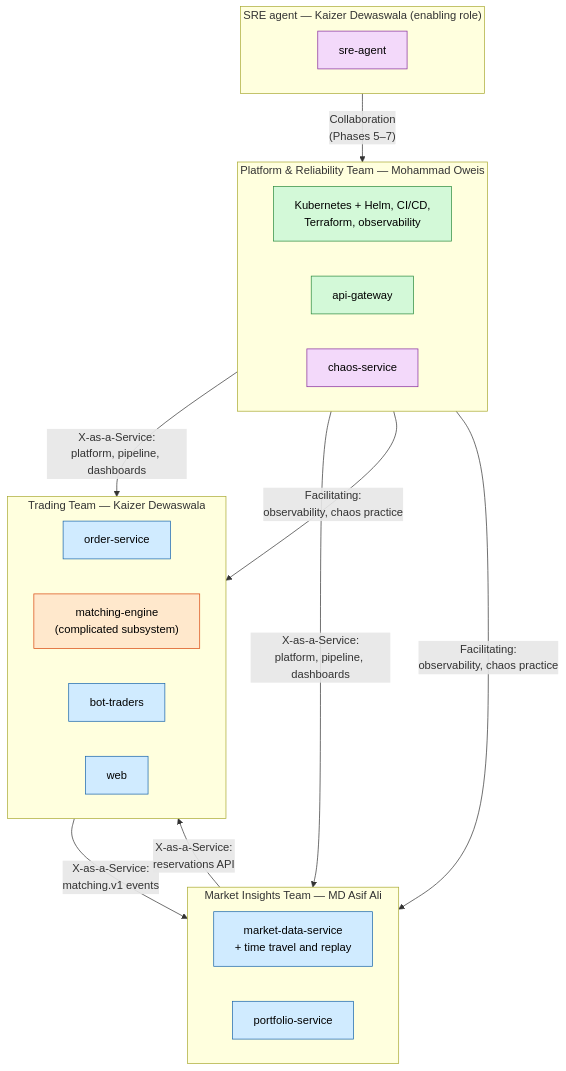
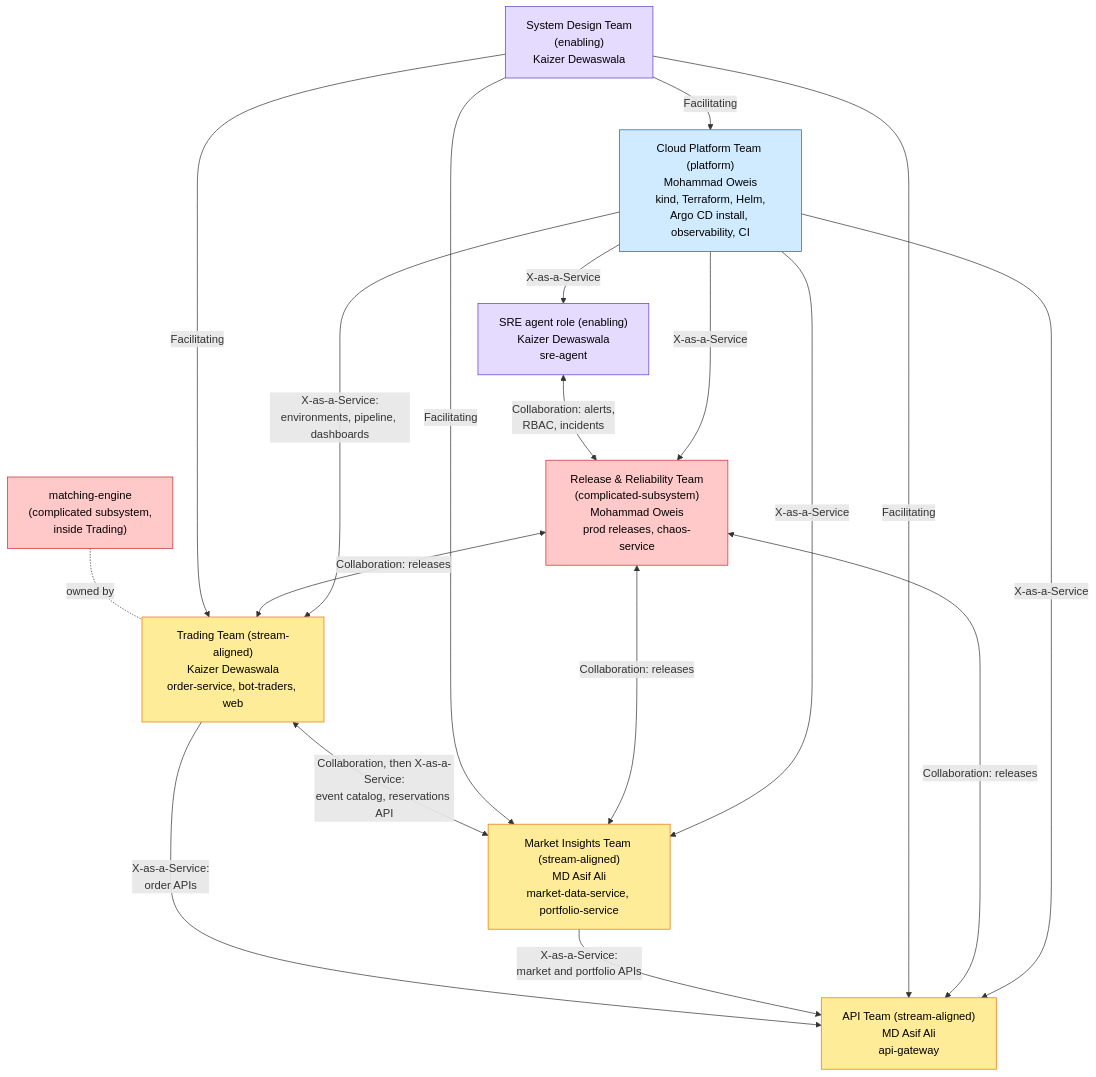
The diagram in docs/04-team-topology.md (Kaizer-1/CircuitBreaker), drawn with Mermaid before and after one commit. The commit also changed other lines of this file and 9 other files, not shown here.

Commit message:
docs(team): restructure team topology per textbook Ch. 2; API Team owns api-gateway

````diff
--- a/docs/04-team-topology.md
+++ b/docs/04-team-topology.md
@@ -39,32 +134,34 @@
 ```mermaid
 flowchart TB
-    classDef stream fill:#d0ebff,stroke:#1864ab,color:#000
-    classDef platform fill:#d3f9d8,stroke:#2b8a3e,color:#000
-    classDef complicated fill:#ffe8cc,stroke:#d9480f,color:#000
-    classDef enabling fill:#f3d9fa,stroke:#862e9c,color:#000
+    classDef stream fill:#ffec99,stroke:#e67700,color:#000
+    classDef enabling fill:#e5dbff,stroke:#5f3dc4,color:#000
+    classDef platform fill:#d0ebff,stroke:#1864ab,color:#000
+    classDef complicated fill:#ffc9c9,stroke:#c92a2a,color:#000
 
-    subgraph TT["Trading Team — Kaizer Dewaswala"]
-        OS["order-service"]:::stream
-        ME["matching-engine<br/>(complicated subsystem)"]:::complicated
-        BT["bot-traders"]:::stream
-        WEB["web"]:::stream
-    end
-    subgraph SRE["SRE agent — Kaizer Dewaswala (enabling role)"]
-        SA["sre-agent"]:::enabling
-    end
-    subgraph MI["Market Insights Team — MD Asif Ali"]
-        MD["market-data-service<br/>+ time travel and replay"]:::stream
-        PS["portfolio-service"]:::stream
-    end
-    subgraph PR["Platform & Reliability Team — Mohammad Oweis"]
-        PLAT["Kubernetes + Helm, CI/CD,<br/>Terraform, observability"]:::platform
-        GW["api-gateway"]:::platform
-        CH["chaos-service"]:::enabling
-    end
+    API["API Team (stream-aligned)<br/>MD Asif Ali<br/>api-gateway"]:::stream
+    SD["System Design Team<br/>(enabling)<br/>Kaizer Dewaswala"]:::enabling
+    TR["Trading Team (stream-aligned)<br/>Kaizer Dewaswala<br/>order-service, bot-traders, web"]:::stream
+    ME["matching-engine<br/>(complicated subsystem,<br/>inside Trading)"]:::complicated
+    MI["Market Insights Team (stream-aligned)<br/>MD Asif Ali<br/>market-data-service, portfolio-service"]:::stream
+    RR["Release & Reliability Team<br/>(complicated-subsystem)<br/>Mohammad Oweis<br/>prod releases, chaos-service"]:::complicated
+    SA["SRE agent role (enabling)<br/>Kaizer Dewaswala<br/>sre-agent"]:::enabling
+    CP["Cloud Platform Team (platform)<br/>Mohammad Oweis<br/>kind, Terraform, Helm,<br/>Argo CD install, observability, CI"]:::platform
 
-    TT -- "X-as-a-Service:<br/>matching.v1 events" --> MI
-    MI -- "X-as-a-Service:<br/>reservations API" --> TT
-    PR -- "X-as-a-Service:<br/>platform, pipeline, dashboards" --> TT & MI
-    PR -- "Facilitating:<br/>observability, chaos practice" --> TT & MI
-    SRE -- "Collaboration<br/>(Phases 5–7)" --> PR
+    TR -- "X-as-a-Service:<br/>order APIs" --> API
+    MI -- "X-as-a-Service:<br/>market and portfolio APIs" --> API
+    TR <-->|"Collaboration, then X-as-a-Service:<br/>event catalog, reservations API"| MI
+    ME -. "owned by" .- TR
+    SD -- "Facilitating" --> TR
+    SD -- "Facilitating" --> MI
+    SD -- "Facilitating" --> API
+    SD -- "Facilitating" --> CP
+    RR <-->|"Collaboration: releases"| TR
+    RR <-->|"Collaboration: releases"| MI
+    RR <-->|"Collaboration: releases"| API
+    SA <-->|"Collaboration: alerts,<br/>RBAC, incidents"| RR
+    CP -- "X-as-a-Service:<br/>environments, pipeline, dashboards" --> TR
+    CP -- "X-as-a-Service" --> MI
+    CP -- "X-as-a-Service" --> API
+    CP -- "X-as-a-Service" --> RR
+    CP -- "X-as-a-Service" --> SA
 ```
````
